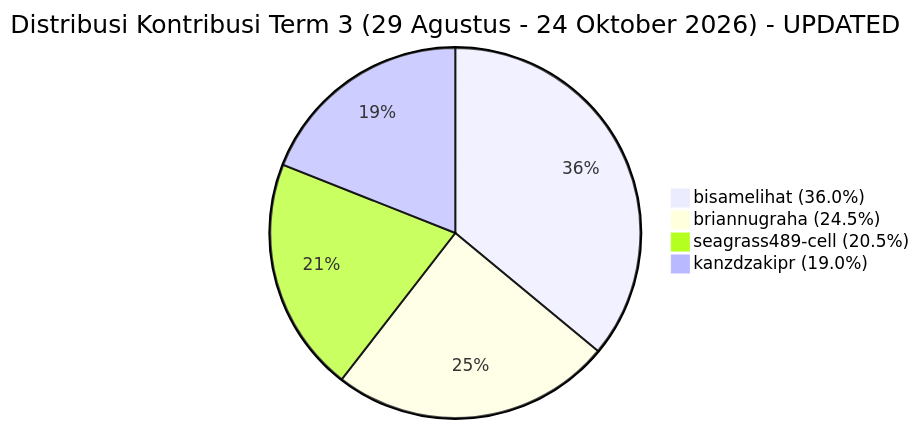
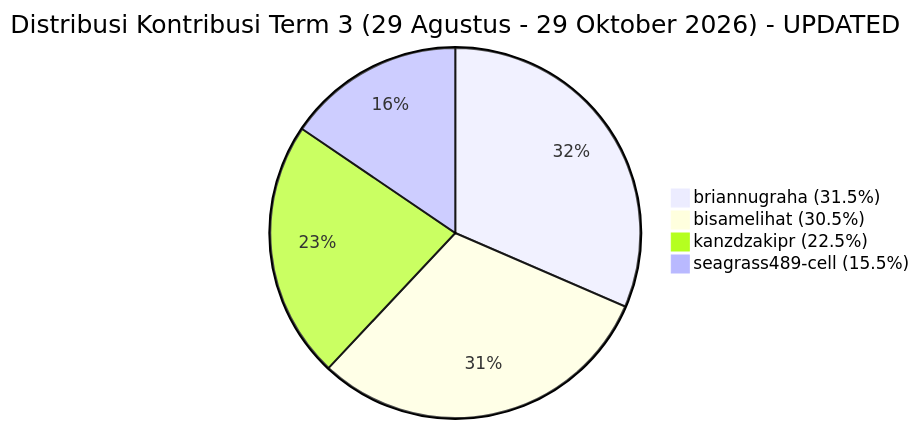
Before and after one commit to kanzdzakipr/ServicePlan-BRA: the fourth of 4 diagrams in KONTRIBUSI_TIM.md, drawn with Mermaid. The commit also changed other lines of this file, not shown here.

````diff
--- a/KONTRIBUSI_TIM.md
+++ b/KONTRIBUSI_TIM.md
@@ -118,7 +118,7 @@
 ```mermaid
-pie title Distribusi Kontribusi Term 3 (29 Agustus - 24 Oktober 2026) - UPDATED
-    "bisamelihat (36.0%)" : 36.0
-    "briannugraha (24.5%)" : 24.5
-    "seagrass489-cell (20.5%)" : 20.5
-    "kanzdzakipr (19.0%)" : 19.0
+pie title Distribusi Kontribusi Term 3 (29 Agustus - 29 Oktober 2026) - UPDATED
+    "briannugraha (31.5%)" : 31.5
+    "bisamelihat (30.5%)" : 30.5
+    "kanzdzakipr (22.5%)" : 22.5
+    "seagrass489-cell (15.5%)" : 15.5
 ```
````
